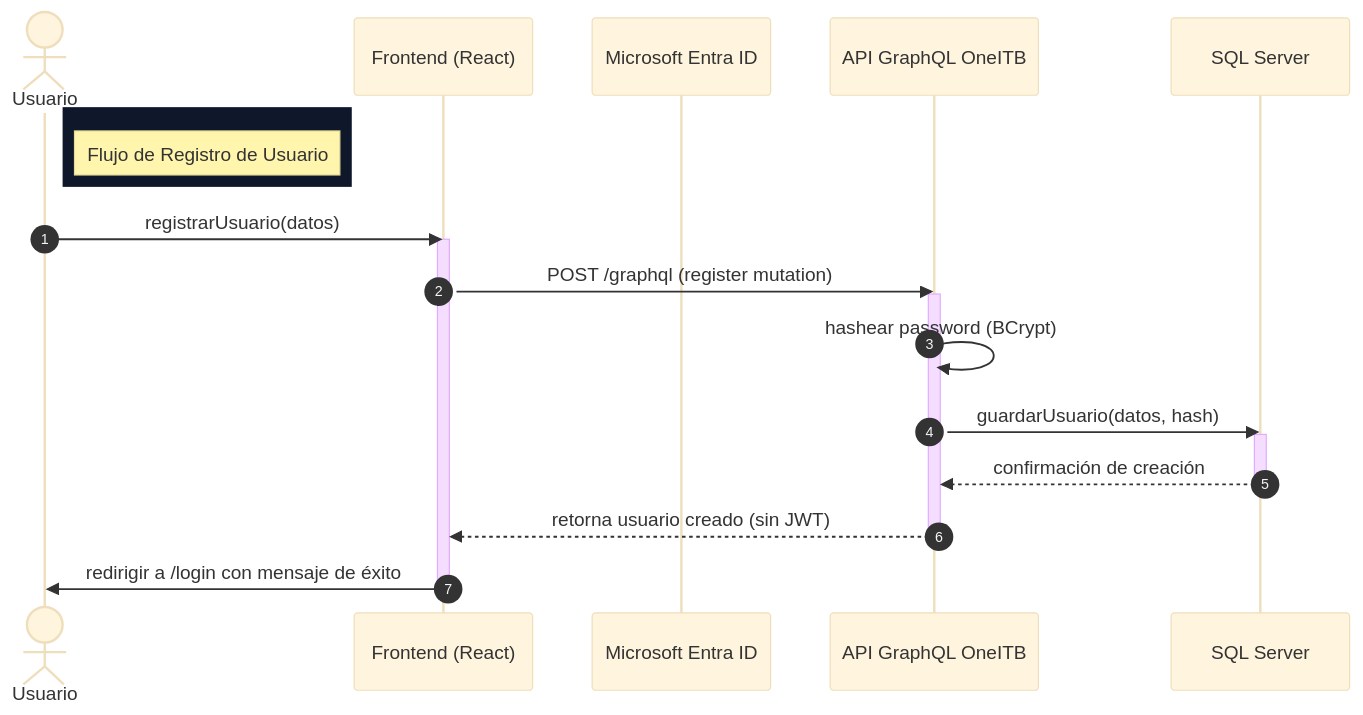
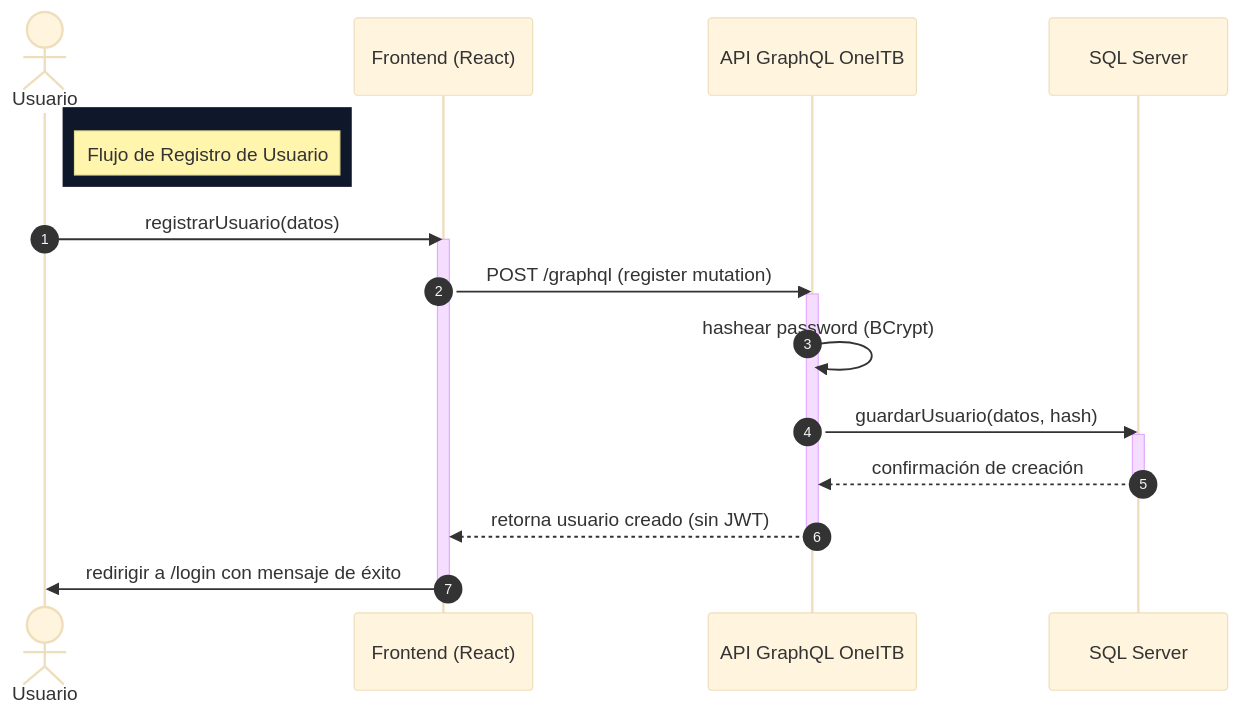
Before and after one commit to fagdiaz/OneITB: the fifth of 10 diagrams in docs/entrega_final/DOCUMENTO_BASE_PRACTICA_PROFESIONAL.md, drawn with Mermaid (base theme). The commit also changed other lines of this file and 58 other files, not shown here.

````diff
--- a/docs/entrega_final/DOCUMENTO_BASE_PRACTICA_PROFESIONAL.md
+++ b/docs/entrega_final/DOCUMENTO_BASE_PRACTICA_PROFESIONAL.md
@@ -344,27 +402,26 @@
 ```mermaid
 sequenceDiagram
     autonumber
     actor U as Usuario
     participant F as Frontend (React)
-    participant E as Microsoft Entra ID
     participant C as API GraphQL OneITB
     participant DB as SQL Server
 
     rect rgb(15, 23, 42)
     note right of U: Flujo de Registro de Usuario
     end
 
     U->>F: registrarUsuario(datos)
     activate F
     F->>C: POST /graphql (register mutation)
     activate C
     C->>C: hashear password (BCrypt)
     C->>DB: guardarUsuario(datos, hash)
     activate DB
     DB-->>C: confirmación de creación
     deactivate DB
     C-->>F: retorna usuario creado (sin JWT)
     deactivate C
     F->>U: redirigir a /login con mensaje de éxito
     deactivate F
 ```
````
